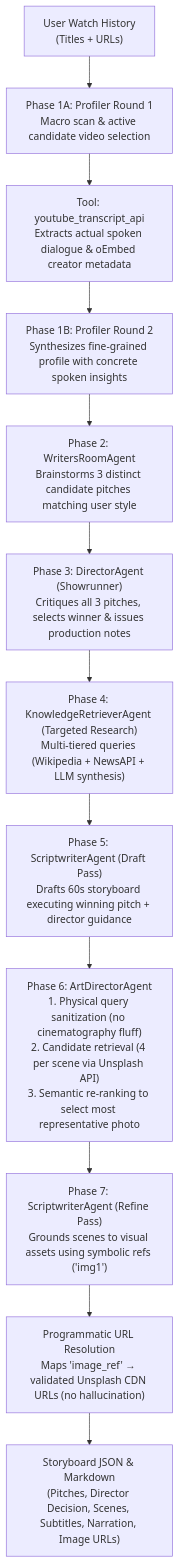
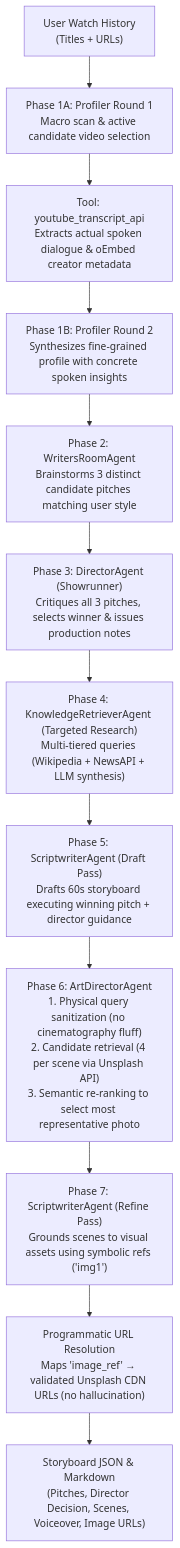
One commit to CharlesDupouy/nlp-multiagent-storyboarding changed the diagram in README.md. Above: the diagram before and after it, drawn with Mermaid. The commit also changed other lines of this file and 23 other files, not shown here.

````diff
--- a/README.md
+++ b/README.md
@@ -40,14 +40,14 @@
 ```mermaid
 flowchart TD
     I["User Watch History\n(Titles + URLs)"] --> P1["Phase 1A: Profiler Round 1\nMacro scan & active candidate video selection"]
     P1 --> T1["Tool: youtube_transcript_api\nExtracts actual spoken dialogue & oEmbed creator metadata"]
     T1 --> P2["Phase 1B: Profiler Round 2\nSynthesizes fine-grained profile with concrete spoken insights"]
     P2 --> WR["Phase 2: WritersRoomAgent\nBrainstorms 3 distinct candidate pitches matching user style"]
     WR --> DIR["Phase 3: DirectorAgent (Showrunner)\nCritiques all 3 pitches, selects winner & issues production notes"]
     DIR --> K["Phase 4: KnowledgeRetrieverAgent (Targeted Research)\nMulti-tiered queries (Wikipedia + NewsAPI + LLM synthesis)"]
     K --> S1["Phase 5: ScriptwriterAgent (Draft Pass)\nDrafts 60s storyboard executing winning pitch + director guidance"]
     S1 --> ART["Phase 6: ArtDirectorAgent\n1. Physical query sanitization (no cinematography fluff)\n2. Candidate retrieval (4 per scene via Unsplash API)\n3. Semantic re-ranking to select most representative photo"]
     ART --> S2["Phase 7: ScriptwriterAgent (Refine Pass)\nGrounds scenes to visual assets using symbolic refs ('img1')"]
     S2 --> RES["Programmatic URL Resolution\nMaps 'image_ref' → validated Unsplash CDN URLs (no hallucination)"]
-    RES --> O["Storyboard JSON & Markdown\n(Pitches, Director Decision, Scenes, Subtitles, Narration, Image URLs)"]
+    RES --> O["Storyboard JSON & Markdown\n(Pitches, Director Decision, Scenes, Voiceover, Image URLs)"]
 ```
````
